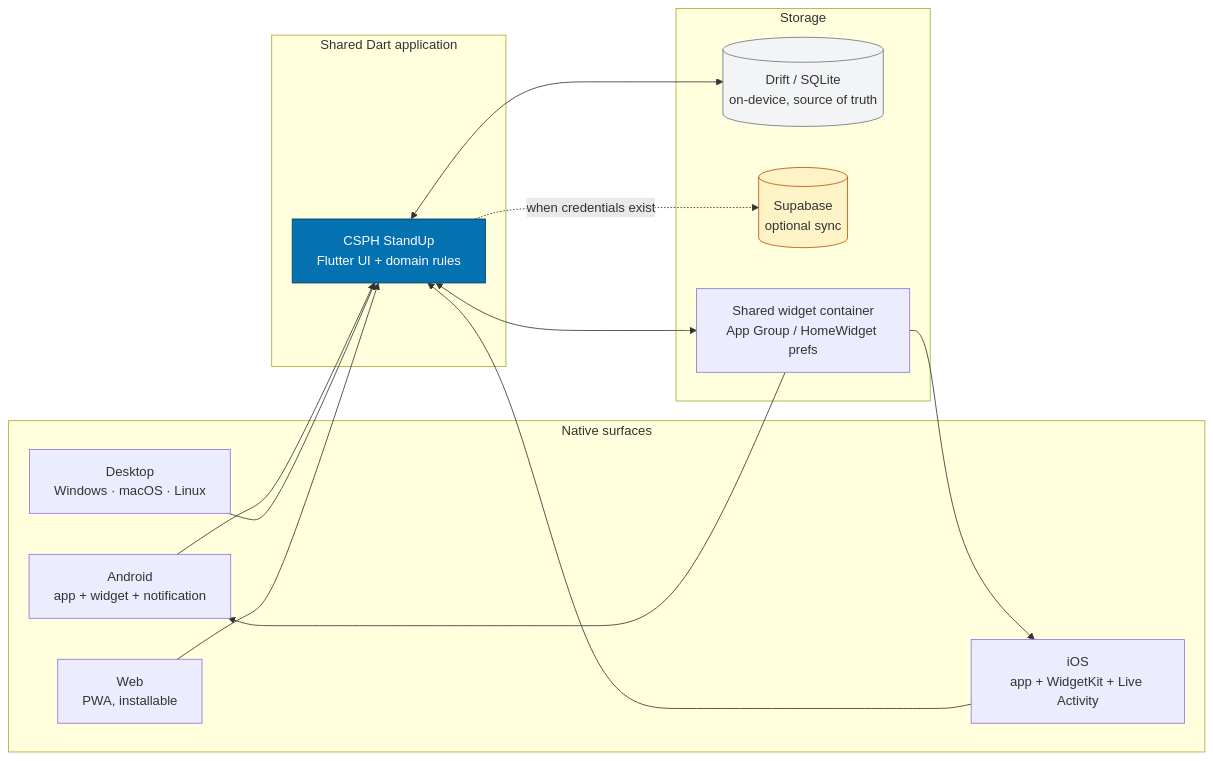
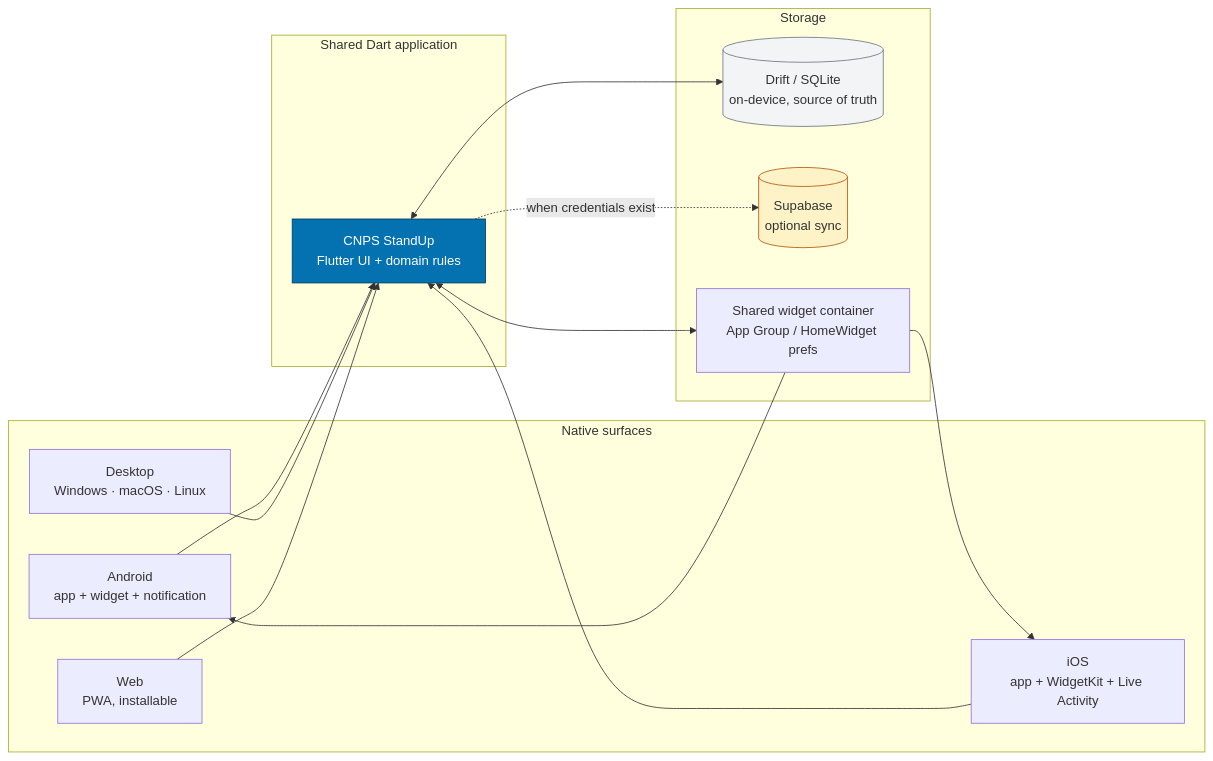
Before and after one commit to menoc61/standup: the first of 3 diagrams in README.md, drawn with Mermaid. The commit also changed other lines of this file and 35 other files, not shown here.

````diff
--- a/README.md
+++ b/README.md
@@ -16,33 +16,33 @@
 ```mermaid
 flowchart LR
     subgraph Native["Native surfaces"]
         AND["Android<br/>app + widget + notification"]
         IOS["iOS<br/>app + WidgetKit + Live Activity"]
         DESK["Desktop<br/>Windows · macOS · Linux"]
         WEB["Web<br/>PWA, installable"]
     end
 
     subgraph Core["Shared Dart application"]
-        APP["CSPH StandUp<br/>Flutter UI + domain rules"]
+        APP["CNPS StandUp<br/>Flutter UI + domain rules"]
     end
 
     subgraph Data["Storage"]
         DRIFT[("Drift / SQLite<br/>on-device, source of truth")]
         SB[("Supabase<br/>optional sync")]
         WH["Shared widget container<br/>App Group / HomeWidget prefs"]
     end
 
     AND --> APP
     IOS --> APP
     DESK --> APP
     WEB --> APP
     APP <--> DRIFT
     APP -. "when credentials exist" .-> SB
     APP <--> WH
     WH --> AND
     WH --> IOS
 
     style APP fill:#0472B1,color:#fff,stroke:#023b5c
     style DRIFT fill:#f3f4f6,stroke:#6b7280
     style SB fill:#fef3c7,stroke:#b45309
 ```
````
